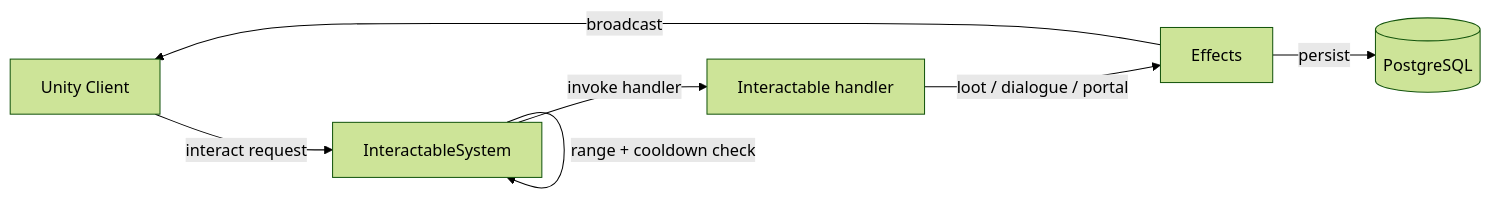
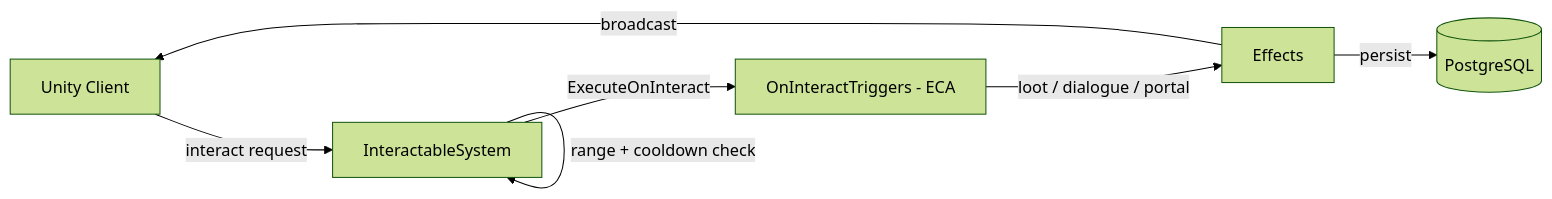
The diagram in FishMMO-Unity/Assets/Scripts/Server/Implementation/World/SceneServer/Interactable/README.md (jimdroberts/FishMMO), drawn with Mermaid (forest theme) before and after one commit. The commit also changed other lines of this file and 33 other files, not shown here.

````diff
--- a/FishMMO-Unity/Assets/Scripts/Server/Implementation/World/SceneServer/Interactable/README.md
+++ b/FishMMO-Unity/Assets/Scripts/Server/Implementation/World/SceneServer/Interactable/README.md
@@ -353,9 +372,9 @@
 ```mermaid
 flowchart LR
     Client[Unity Client] -->|interact request| Sys[InteractableSystem]
     Sys -->|range + cooldown check| Sys
-    Sys -->|invoke handler| Handler[Interactable handler]
+    Sys -->|ExecuteOnInteract| Handler[OnInteractTriggers - ECA]
     Handler -->|loot / dialogue / portal| Effects
     Effects -->|persist| DB[(PostgreSQL)]
     Effects -->|broadcast| Client
 ```
````
